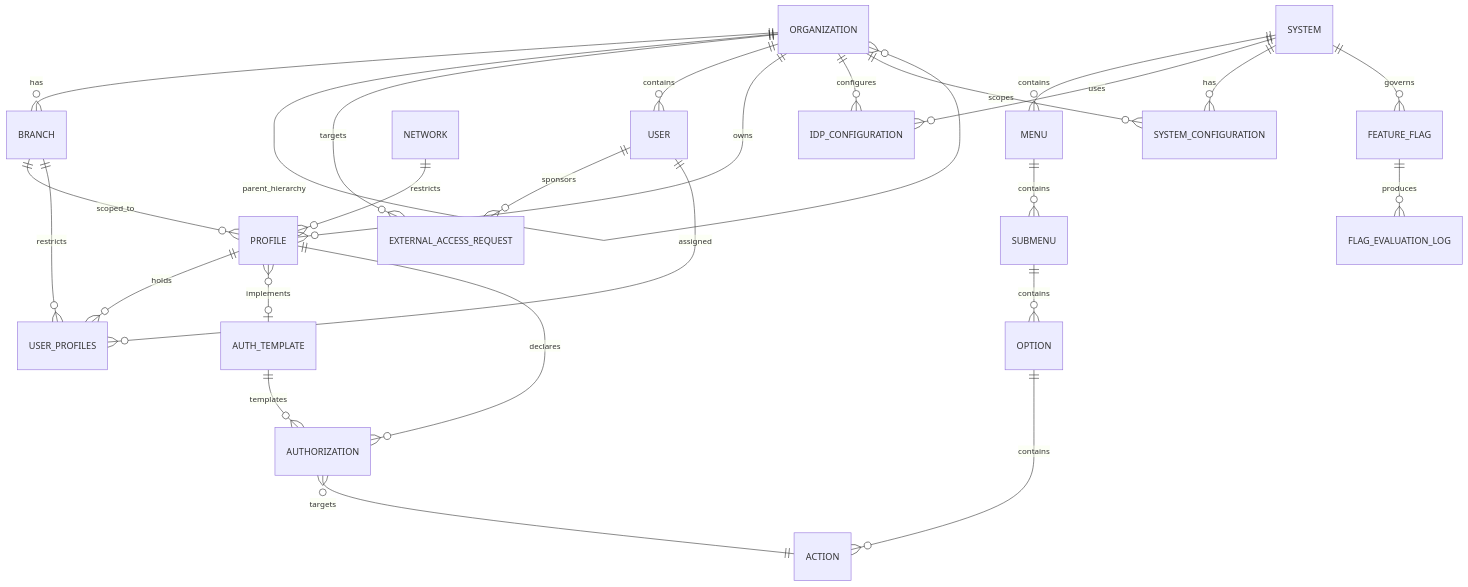
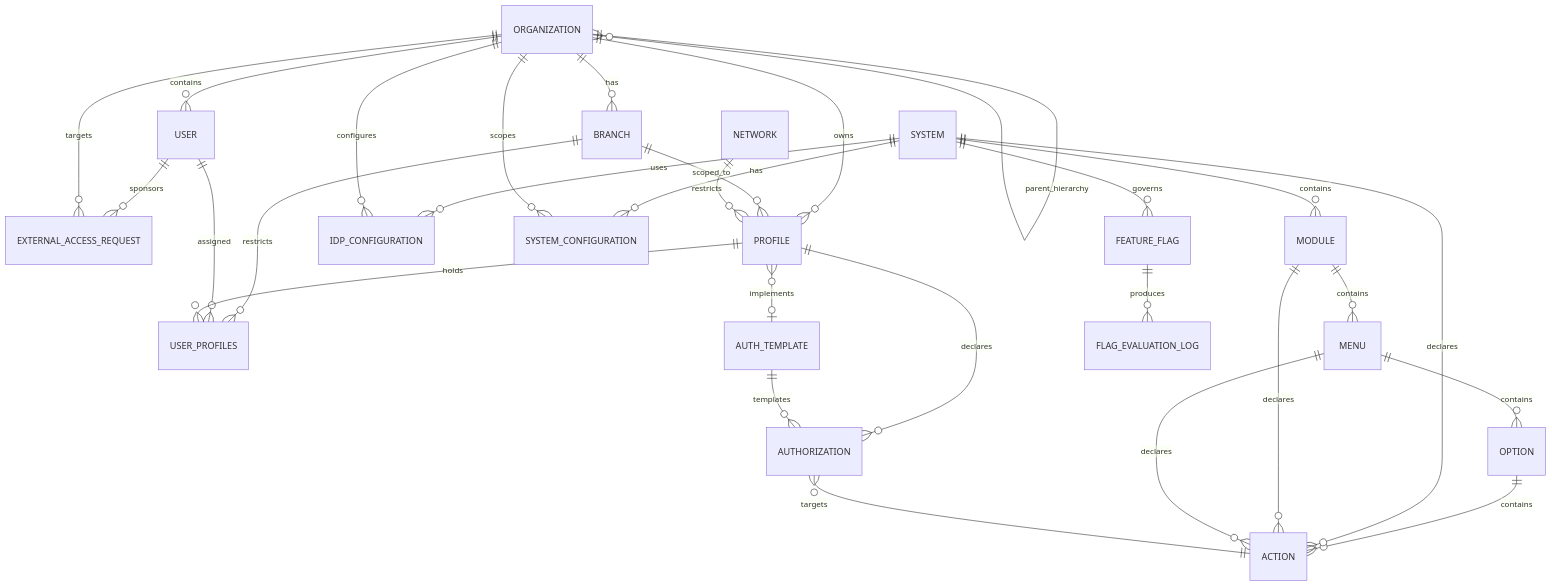
One commit to beyondnetcode/ums changed the diagram in src/ums-workspace/docs/en/01-requirements/conceptual-data-model.md. Above: the diagram before and after it, drawn with Mermaid. The commit also changed other lines of this file and 132 other files, not shown here.

````diff
--- a/src/ums-workspace/docs/en/01-requirements/conceptual-data-model.md
+++ b/src/ums-workspace/docs/en/01-requirements/conceptual-data-model.md
@@ -9,34 +9,37 @@
 ```mermaid
 erDiagram
     ORGANIZATION ||--o{ BRANCH : has
     ORGANIZATION ||--o{ ORGANIZATION : parent_hierarchy
     USER ||--o{ EXTERNAL_ACCESS_REQUEST : sponsors
     ORGANIZATION ||--o{ EXTERNAL_ACCESS_REQUEST : targets
     ORGANIZATION ||--o{ USER : contains
     ORGANIZATION ||--o{ PROFILE : owns
 
     BRANCH ||--o{ PROFILE : scoped_to
     BRANCH ||--o{ USER_PROFILES : restricts
 
     USER ||--o{ USER_PROFILES : assigned
     PROFILE ||--o{ USER_PROFILES : holds
 
     PROFILE }o--o| AUTH_TEMPLATE : implements
     PROFILE ||--o{ AUTHORIZATION : declares
     AUTH_TEMPLATE ||--o{ AUTHORIZATION : templates
 
-    SYSTEM ||--o{ MENU : contains
-    MENU ||--o{ SUBMENU : contains
-    SUBMENU ||--o{ OPTION : contains
+    SYSTEM ||--o{ MODULE : contains
+    MODULE ||--o{ MENU : contains
+    MENU ||--o{ OPTION : contains
     OPTION ||--o{ ACTION : contains
+    SYSTEM ||--o{ ACTION : declares
+    MODULE ||--o{ ACTION : declares
+    MENU ||--o{ ACTION : declares
 
     AUTHORIZATION }o--|| ACTION : targets
     NETWORK ||--o{ PROFILE : restricts
 
     SYSTEM ||--o{ IDP_CONFIGURATION : uses
     ORGANIZATION ||--o{ IDP_CONFIGURATION : configures
     SYSTEM ||--o{ SYSTEM_CONFIGURATION : has
     ORGANIZATION ||--o{ SYSTEM_CONFIGURATION : scopes
     SYSTEM ||--o{ FEATURE_FLAG : governs
     FEATURE_FLAG ||--o{ FLAG_EVALUATION_LOG : produces
 ```
````
